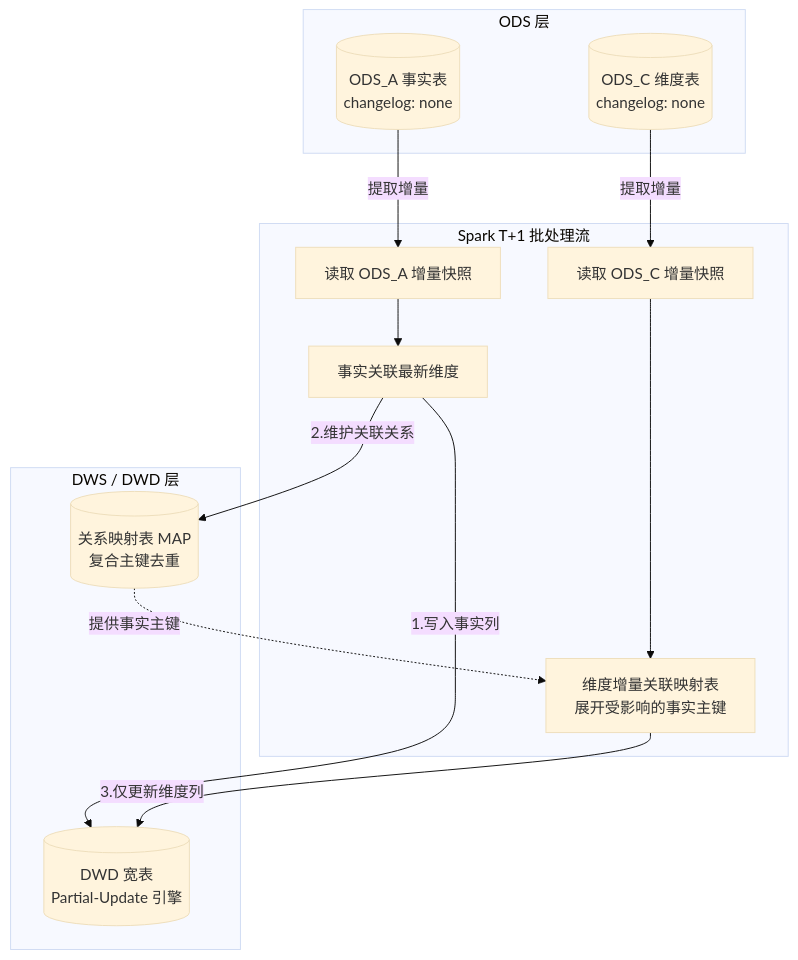
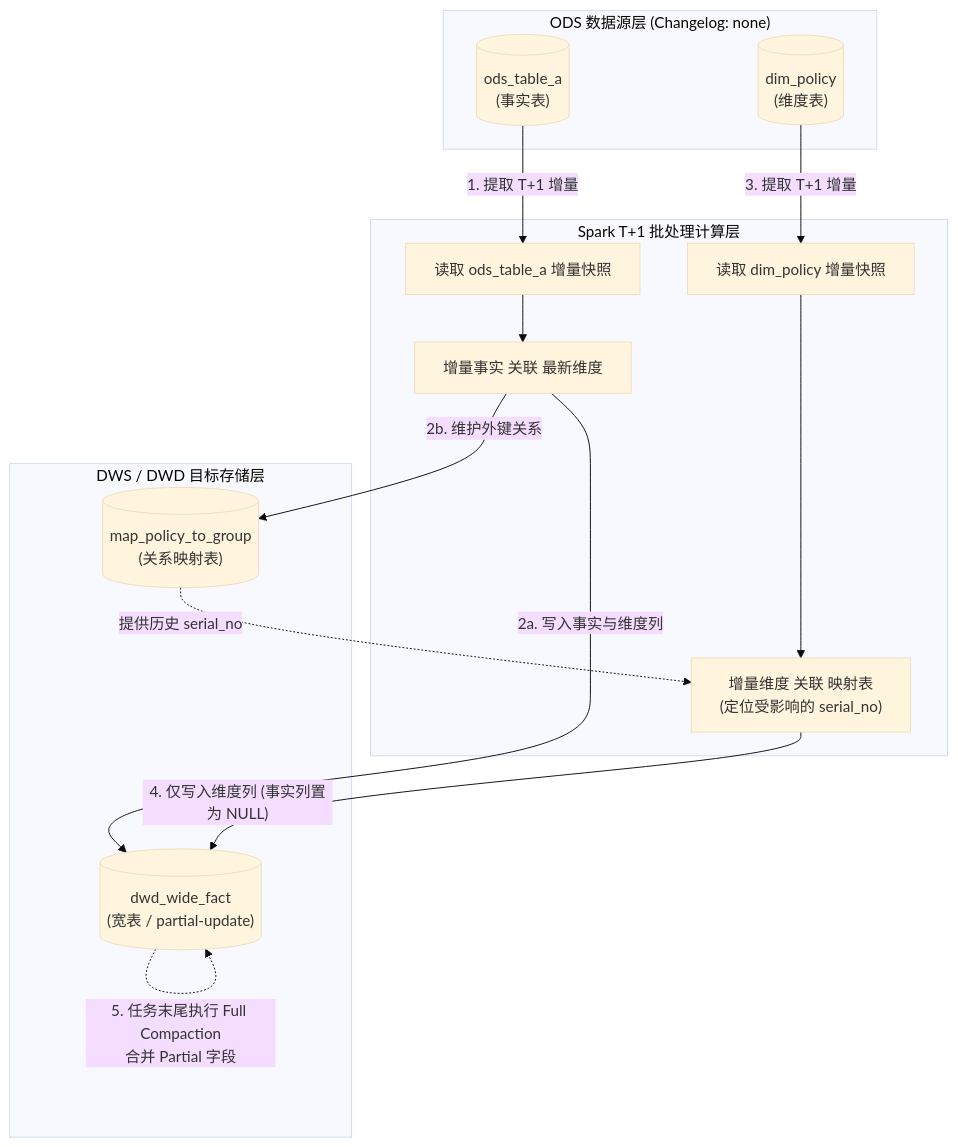
One commit to bydeath/pyspark-paimon-demo changed the first of 2 diagrams in README.md. Above: the diagram before and after it, drawn with Mermaid (base theme). The commit also changed other lines of this file, not shown here.

Commit message:
Update README with new ODS and Spark processing details

````diff
--- a/README.md
+++ b/README.md
@@ -32,31 +32,35 @@
 ```mermaid
 graph TD
-    subgraph ODS_Layer ["ODS 层"]
-        ODS_A[("ODS_A 事实表<br/>changelog: none")]
-        ODS_C[("ODS_C 维度表<br/>changelog: none")]
+    subgraph ODS_Layer ["ODS 数据源层 (Changelog: none)"]
+        ODS_A[("ods_table_a<br/>(事实表)")]
+        DIM_P[("dim_policy<br/>(维度表)")]
     end
 
-    subgraph Spark_Process ["Spark T+1 批处理流"]
-        ReadA["读取 ODS_A 增量快照"]
-        ReadC["读取 ODS_C 增量快照"]
-        JoinDim["事实关联最新维度"]
-        JoinMap["维度增量关联映射表<br/>展开受影响的事实主键"]
+    subgraph Spark_Processing ["Spark T+1 批处理计算层"]
+        Read_A["读取 ods_table_a 增量快照"]
+        Read_C["读取 dim_policy 增量快照"]
+        
+        Join_A_Dim["增量事实 关联 最新维度"]
+        Join_C_Map["增量维度 关联 映射表<br/>(定位受影响的 serial_no)"]
     end
 
-    subgraph DWS_DWD_Layer ["DWS / DWD 层"]
-        MAP[("关系映射表 MAP<br/>复合主键去重")]
-        DWD[("DWD 宽表<br/>Partial-Update 引擎")]
+    subgraph Storage_Layer ["DWS / DWD 目标存储层"]
+        MAP[("map_policy_to_group<br/>(关系映射表)")]
+        DWD[("dwd_wide_fact<br/>(宽表 / partial-update)")]
     end
 
-    %% ODS_A 链路
-    ODS_A -- "提取增量" --> ReadA
-    ReadA --> JoinDim
-    JoinDim -- "1.写入事实列" --> DWD
-    JoinDim -- "2.维护关联关系" --> MAP
+    %% 事实表处理流
+    ODS_A -- "1. 提取 T+1 增量" --> Read_A
+    Read_A --> Join_A_Dim
+    Join_A_Dim -- "2a. 写入事实与维度列" --> DWD
+    Join_A_Dim -- "2b. 维护外键关系" --> MAP
 
-    %% ODS_C 链路
-    ODS_C -- "提取增量" --> ReadC
-    ReadC --> JoinMap
-    MAP -. "提供事实主键" .-> JoinMap
-    JoinMap -- "3.仅更新维度列" --> DWD
+    %% 维度表处理流
+    DIM_P -- "3. 提取 T+1 增量" --> Read_C
+    Read_C --> Join_C_Map
+    MAP -. "提供历史 serial_no" .-> Join_C_Map
+    Join_C_Map -- "4. 仅写入维度列 (事实列置为 NULL)" --> DWD
+
+    %% 最终物理对齐
+    DWD -. "5. 任务末尾执行 Full Compaction<br/>合并 Partial 字段" .-> DWD
 ```
````
